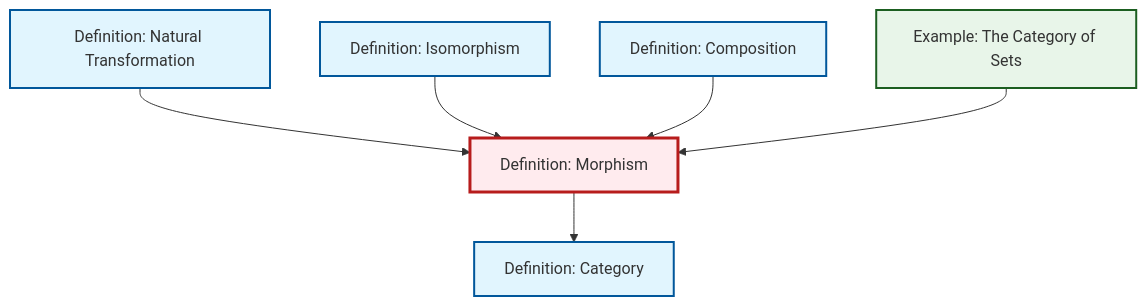
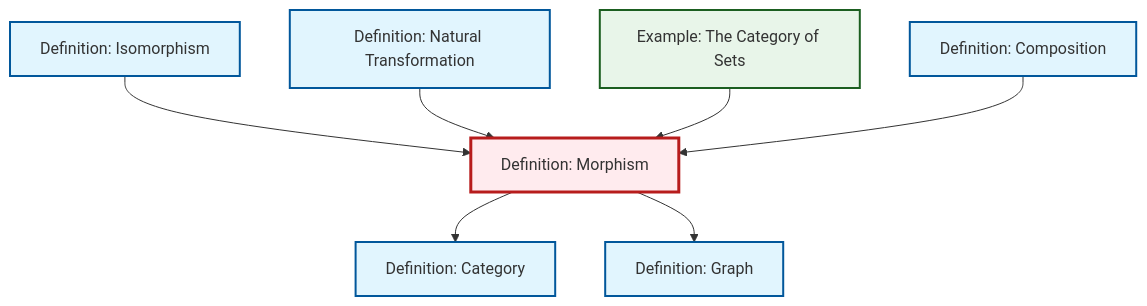
One commit to RK0429/ModernMath changed the diagram in content/en/category-theory/def-morphism.qmd. Above: the diagram before and after it, drawn with Mermaid. The commit also changed 434 other files, not shown here.

````diff
--- a/content/en/category-theory/def-morphism.qmd
+++ b/content/en/category-theory/def-morphism.qmd
@@ -56,26 +56,29 @@
 ```{mermaid}
 %%| fig-cap: "Local dependency graph"
 graph TD
     classDef definition fill:#e1f5fe,stroke:#01579b,stroke-width:2px
     classDef theorem fill:#f3e5f5,stroke:#4a148c,stroke-width:2px
     classDef axiom fill:#fff3e0,stroke:#e65100,stroke-width:2px
     classDef example fill:#e8f5e9,stroke:#1b5e20,stroke-width:2px
     classDef current fill:#ffebee,stroke:#b71c1c,stroke-width:3px
+    def-morphism["Definition: Morphism"]:::definition
+    ex-set-category["Example: The Category of Sets"]:::example
+    def-category["Definition: Category"]:::definition
+    def-graph["Definition: Graph"]:::definition
+    def-composition["Definition: Composition"]:::definition
     def-natural-transformation["Definition: Natural Transformation"]:::definition
-    def-category["Definition: Category"]:::definition
-    def-morphism["Definition: Morphism"]:::definition
-    def-composition["Definition: Composition"]:::definition
     def-isomorphism["Definition: Isomorphism"]:::definition
-    ex-set-category["Example: The Category of Sets"]:::example
+    def-morphism --> def-category
+    def-morphism --> def-graph
+    def-isomorphism --> def-morphism
     def-natural-transformation --> def-morphism
-    def-isomorphism --> def-morphism
+    ex-set-category --> def-morphism
     def-composition --> def-morphism
-    def-morphism --> def-category
-    ex-set-category --> def-morphism
     class def-morphism current
+    click ex-set-category "ex-set-category.html" "Go to The Category of Sets example"
+    click def-category "def-category.html" "Go to Category definition"
+    click def-graph "def-graph.html" "Go to Graph definition"
+    click def-composition "def-composition.html" "Go to Composition definition"
     click def-natural-transformation "def-natural-transformation.html" "Go to Natural Transformation definition"
-    click def-category "def-category.html" "Go to Category definition"
-    click def-composition "def-composition.html" "Go to Composition definition"
     click def-isomorphism "def-isomorphism.html" "Go to Isomorphism definition"
-    click ex-set-category "ex-set-category.html" "Go to The Category of Sets example"
 ```
````
